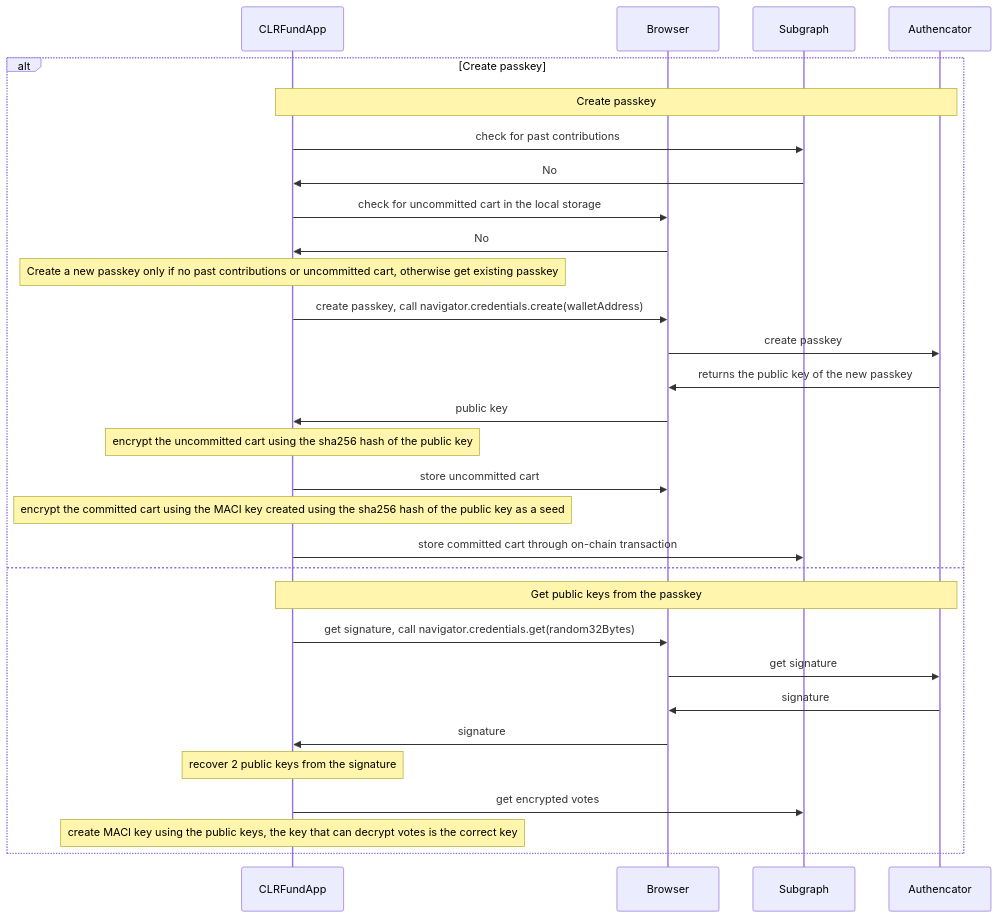
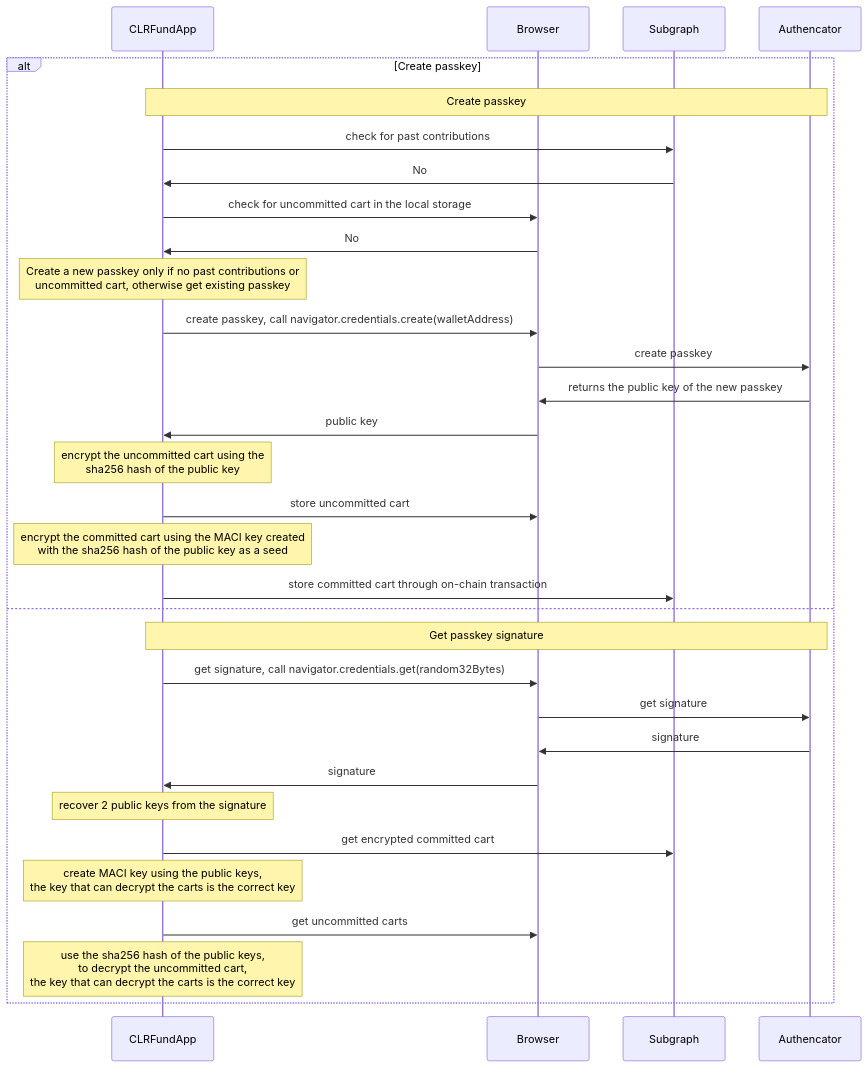
The diagram in docs/passkey.mmd (clrfund/monorepo), drawn with Mermaid before and after one commit.

Commit message:
add line breaks and reformatting

```diff
--- a/docs/passkey.mmd
+++ b/docs/passkey.mmd
@@ -1,34 +1,36 @@
 %% To render this diagram, paste the code into the live editor https://mermaid-js.github.io/mermaid-live-editor/ or use Mermaid CLI
 
 sequenceDiagram
     participant CLRFundApp
     participant Browser
     participant Subgraph
     participant Authencator
  
     alt Create passkey
         Note over CLRFundApp, Authencator: Create passkey
         CLRFundApp ->> Subgraph: check for past contributions
         Subgraph ->> CLRFundApp: No
         CLRFundApp ->> Browser: check for uncommitted cart in the local storage
         Browser ->> CLRFundApp: No
-        Note over CLRFundApp: Create a new passkey only if no past contributions or uncommitted cart, otherwise get existing passkey
+        Note over CLRFundApp: Create a new passkey only if no past contributions or<br>uncommitted cart, otherwise get existing passkey
         CLRFundApp ->> Browser: create passkey, call navigator.credentials.create(walletAddress)
         Browser ->> Authencator: create passkey
         Authencator ->> Browser: returns the public key of the new passkey
         Browser ->> CLRFundApp: public key
-        Note over CLRFundApp: encrypt the uncommitted cart using the sha256 hash of the public key
+        Note over CLRFundApp: encrypt the uncommitted cart using the <br>sha256 hash of the public key
         CLRFundApp ->> Browser:  store uncommitted cart
-        Note over CLRFundApp: encrypt the committed cart using the MACI key created using the sha256 hash of the public key as a seed
+        Note over CLRFundApp: encrypt the committed cart using the MACI key created <br>with the sha256 hash of the public key as a seed
         CLRFundApp ->> Subgraph: store committed cart through on-chain transaction
 
     else
-        Note over CLRFundApp, Authencator: Get public keys from the passkey
+        Note over CLRFundApp, Authencator: Get passkey signature
         CLRFundApp ->> Browser: get signature, call navigator.credentials.get(random32Bytes)
         Browser ->> Authencator: get signature
         Authencator ->> Browser: signature
         Browser ->> CLRFundApp: signature
         Note over CLRFundApp: recover 2 public keys from the signature
-        CLRFundApp ->> Subgraph: get encrypted votes
-        Note over CLRFundApp: create MACI key using the public keys, the key that can decrypt votes is the correct key
+        CLRFundApp ->> Subgraph: get encrypted committed cart
+        Note over CLRFundApp: create MACI key using the public keys,<br>the key that can decrypt the carts is the correct key
+        CLRFundApp ->> Browser: get uncommitted carts
+        Note over CLRFundApp: use the sha256 hash of the public keys,<br>to decrypt the uncommitted cart,<br>the key that can decrypt the carts is the correct key
     end
```
